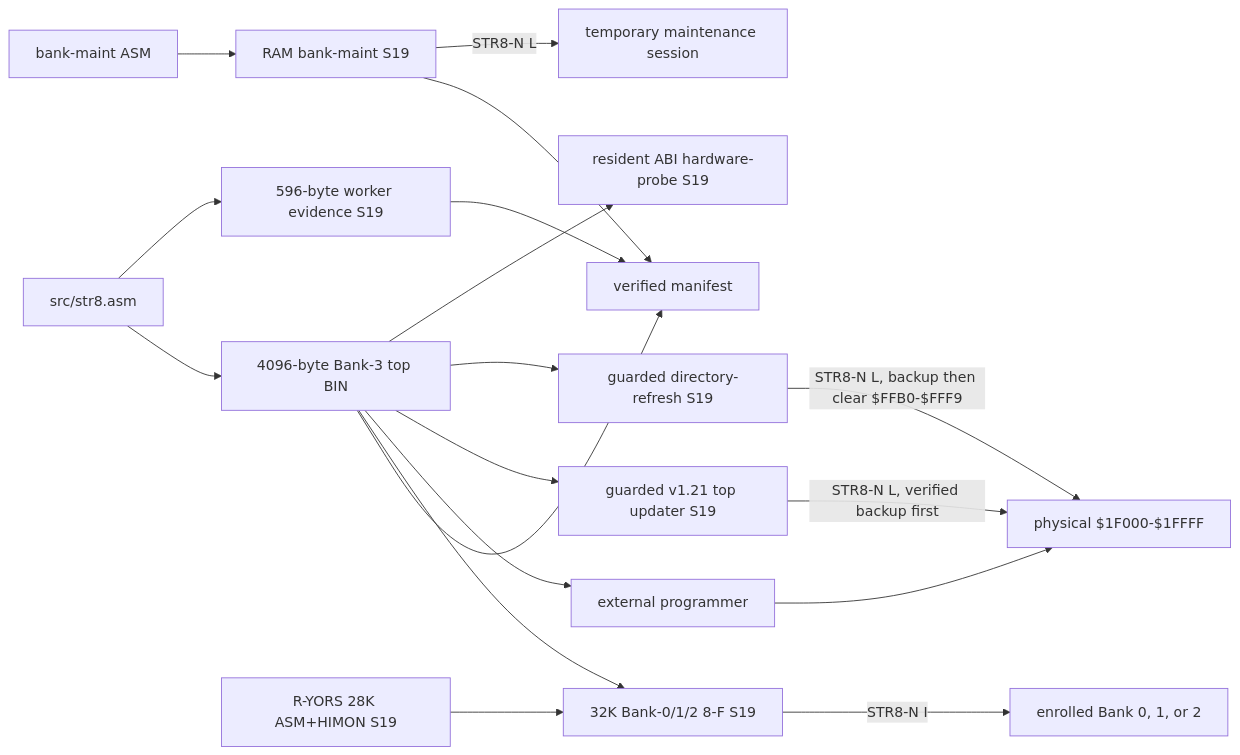
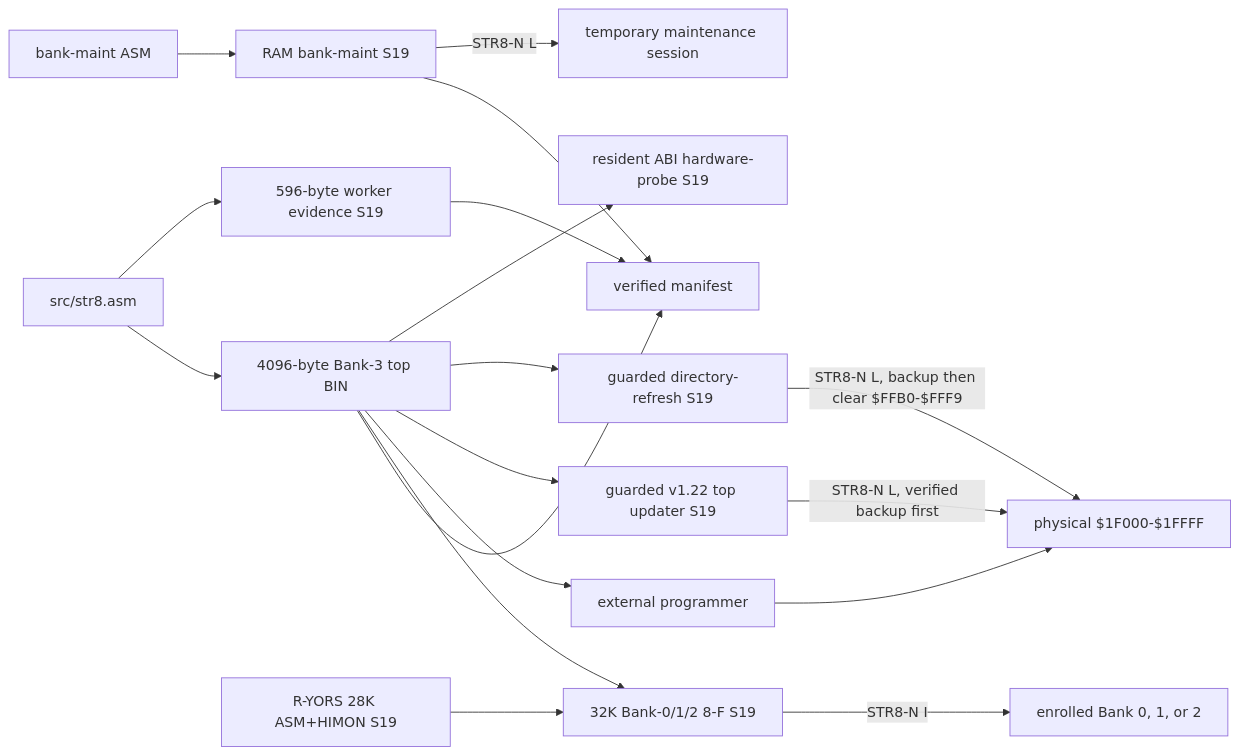
The second of 12 diagrams in docs/MAPS.md (95westus/STR8-N), drawn with Mermaid before and after one commit. The commit also changed other lines of this file and 30 other files, not shown here.

````diff
--- a/docs/MAPS.md
+++ b/docs/MAPS.md
@@ -38,20 +38,20 @@
 ```mermaid
 flowchart LR
     SRC[src/str8.asm] --> TOP[4096-byte Bank-3 top BIN]
     SRC --> WORKER[596-byte worker evidence S19]
     BM_SRC[bank-maint ASM] --> BM[RAM bank-maint S19]
     TOP --> MANIFEST[verified manifest]
     WORKER --> MANIFEST
     BM --> MANIFEST
     RY[R-YORS 28K ASM+HIMON S19] --> FULL[32K Bank-0/1/2 8-F S19]
     TOP --> FULL
     TOP --> PROGRAMMER[external programmer]
     PROGRAMMER --> B3F[physical $1F000-$1FFFF]
-    TOP --> UPDATE[guarded v1.21 top updater S19]
+    TOP --> UPDATE[guarded v1.22 top updater S19]
     UPDATE -->|STR8-N L, verified backup first| B3F
     TOP --> REFRESH[guarded directory-refresh S19]
     REFRESH -->|STR8-N L, backup then clear $FFB0-$FFF9| B3F
     TOP --> ABI_TEST[resident ABI hardware-probe S19]
     BM -->|STR8-N L| RAM_TOOL[temporary maintenance session]
     FULL -->|STR8-N I| GUEST[enrolled Bank 0, 1, or 2]
 ```
````
